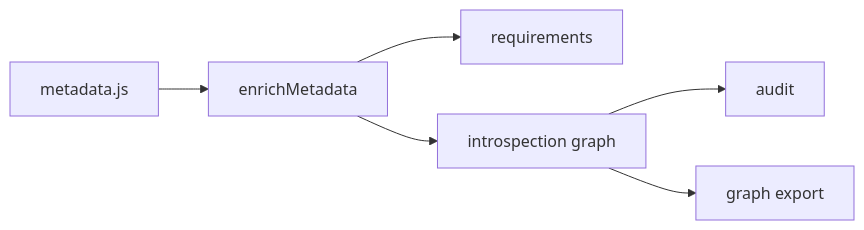
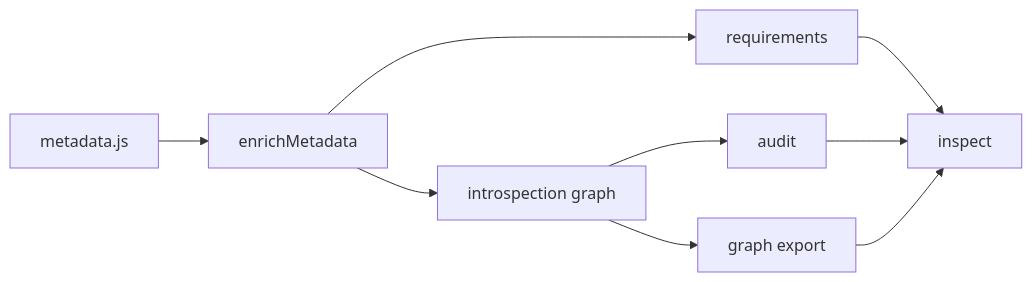
The diagram in site/content/concepts/introspection-model.mdx (DavidWells/configorama), drawn with Mermaid before and after one commit. The commit also changed other lines of this file and 11 other files, not shown here.

````diff
--- a/site/content/concepts/introspection-model.mdx
+++ b/site/content/concepts/introspection-model.mdx
@@ -12,8 +14,11 @@
 ```mermaid
 graph LR
   A[metadata.js] --> B[enrichMetadata]
   B --> C[requirements]
   B --> D[introspection graph]
   D --> E[audit]
   D --> F[graph export]
+  C --> G[inspect]
+  E --> G
+  F --> G
 ```
````
